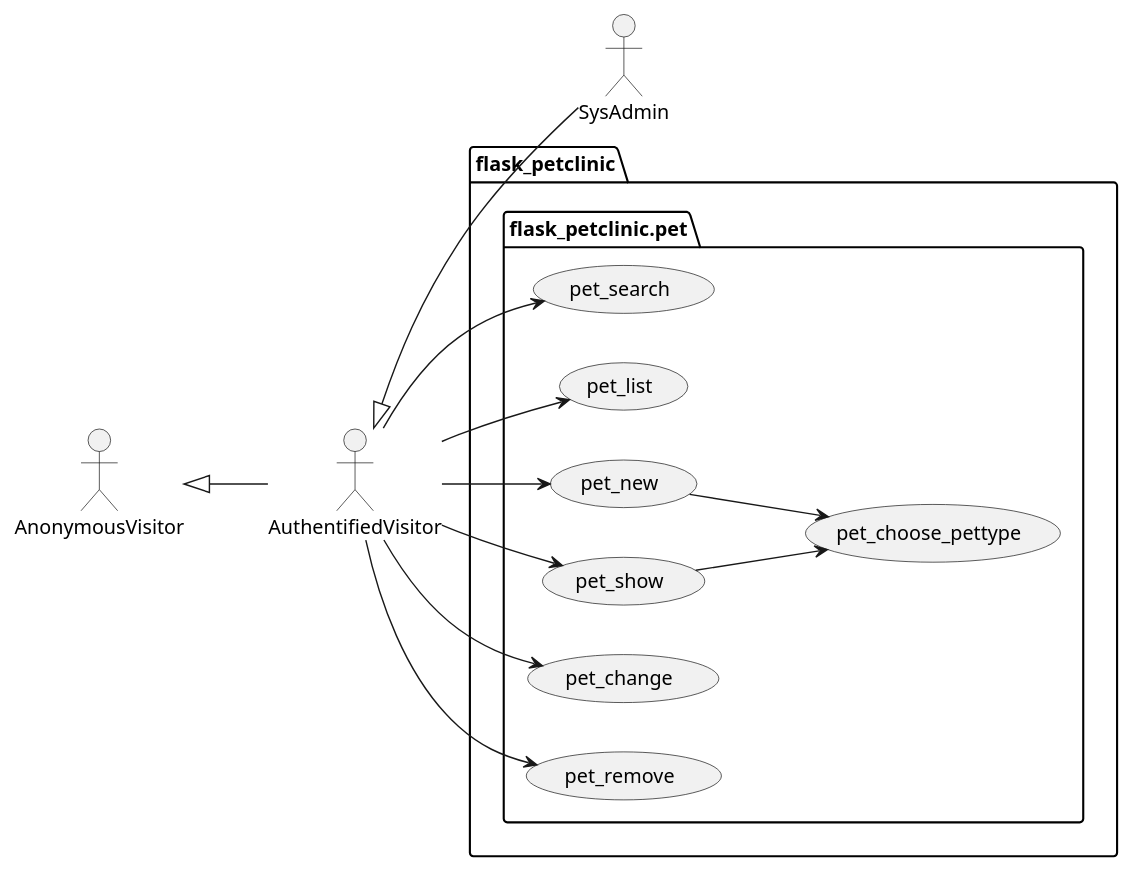
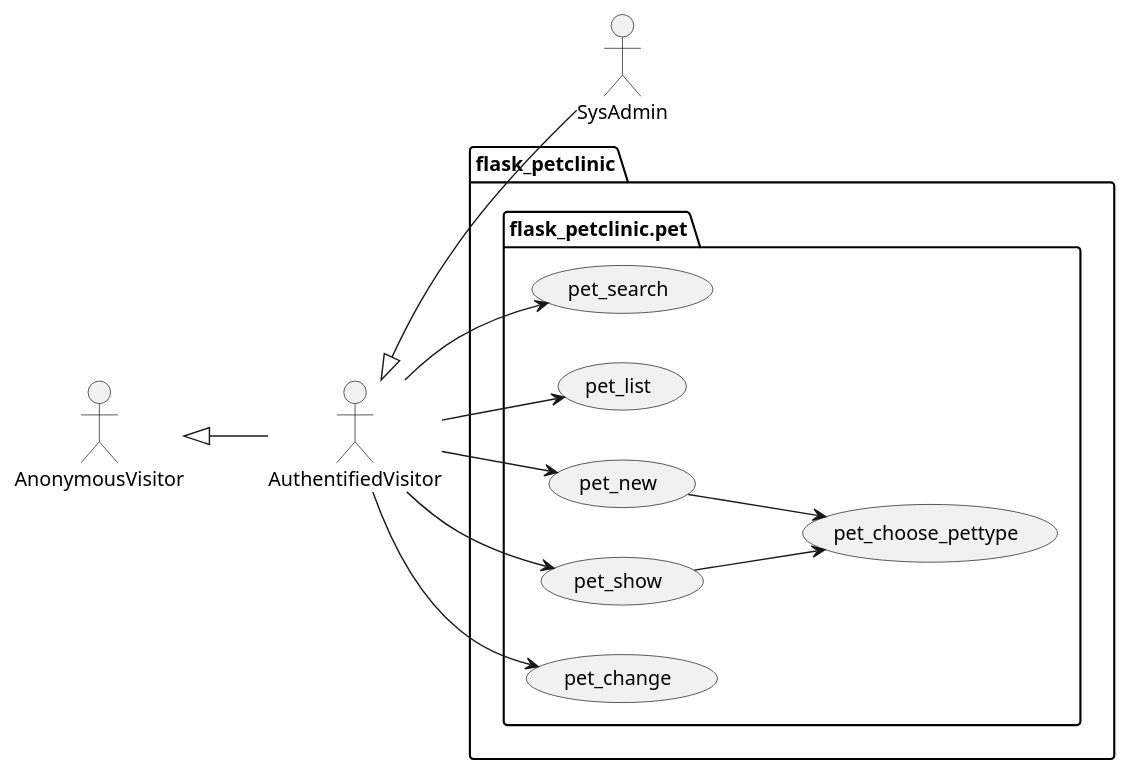
The diagram in project/petclinic_model/pet.puml (Jakarta-EE-Petclinic/petclinic_flask), drawn with PlantUML before and after one commit. The commit also changed 5 other files, not shown here.

```diff
--- a/project/petclinic_model/pet.puml
+++ b/project/petclinic_model/pet.puml
@@ -1,33 +1,31 @@
 @startuml
 left to right direction
 
 actor AnonymousVisitor as av
 actor AuthentifiedVisitor as au
 actor SysAdmin as sa
 
 av <|-- au
 au <|-- sa
 
 package flask_petclinic {
 
     package flask_petclinic.pet {
         usecase pet_search as uc5000
         usecase pet_list as uc5001
         usecase pet_new as uc5002
         usecase pet_show as uc5003
         usecase pet_change as uc5004
-        usecase pet_remove as uc5005
         usecase pet_choose_pettype as uc5006
 
         au --> uc5000
         au --> uc5001
         au --> uc5002
         au --> uc5003
         au --> uc5004
-        au --> uc5005
 
         uc5002 --> uc5006
         uc5003 --> uc5006
     }
 }
 @enduml
```
